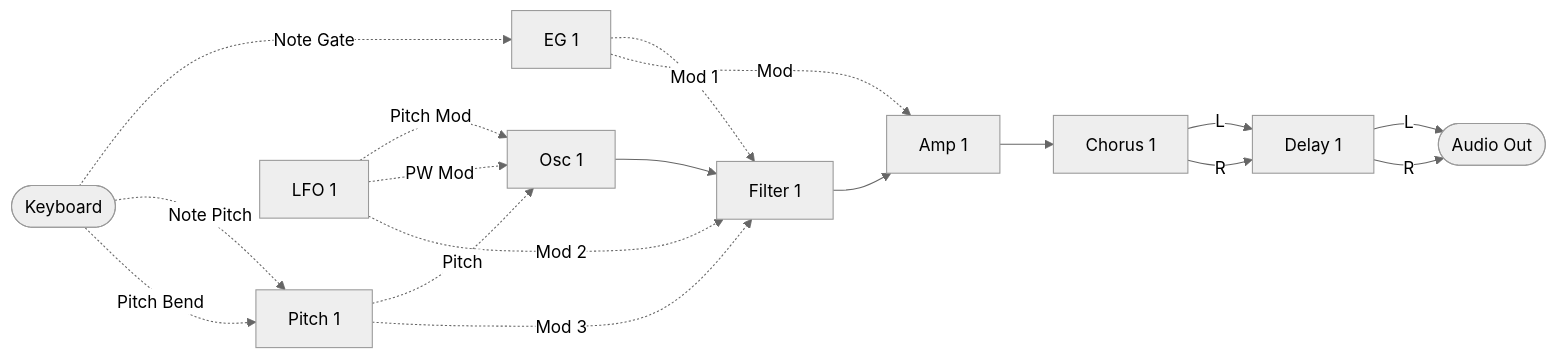
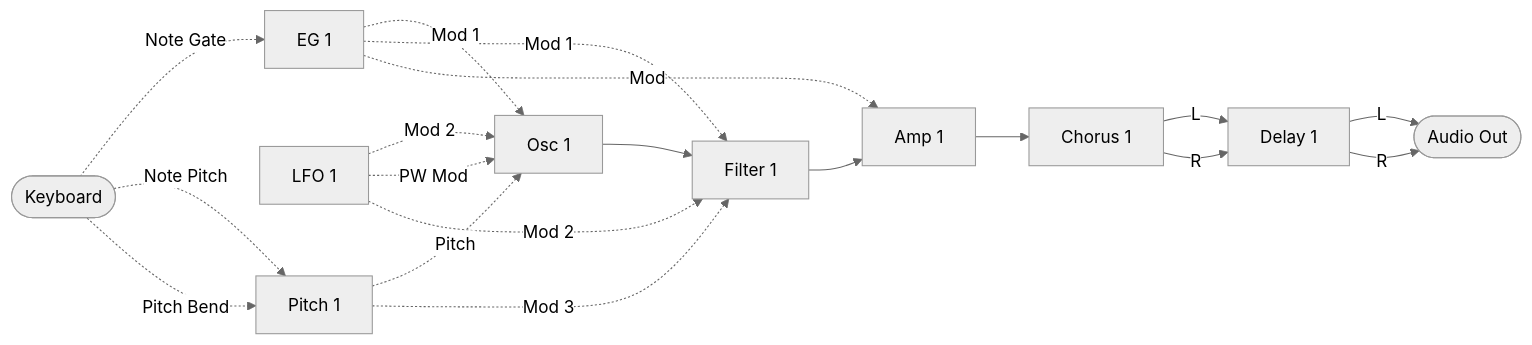
The first of 6 diagrams in spms1_type2/README.ja.md (risgk/midi_synthesizer_spms1), drawn with Mermaid (neutral theme) before and after one commit. The commit also changed other lines of this file and 9 other files, not shown here.

First line of the commit message:
type-2: Give Osc 1 two pitch modulations, Mod 1 (the envelope) and Mod 2 (was Pitch Mod)

````diff
--- a/spms1_type2/README.ja.md
+++ b/spms1_type2/README.ja.md
@@ -143,32 +143,33 @@
 ```mermaid
 flowchart LR
   KBD([Keyboard])
   PITCH[Pitch 1]
   LFO[LFO 1]
   EG[EG 1]
   OSC[Osc 1]
   FILTER[Filter 1]
   AMP[Amp 1]
   CHORUS[Chorus 1]
   DELAY[Delay 1]
   OUT([Audio Out])
 
   OSC --> FILTER
   FILTER --> AMP
   AMP --> CHORUS
   CHORUS -->|L| DELAY
   CHORUS -->|R| DELAY
   DELAY -->|L| OUT
   DELAY -->|R| OUT
 
   KBD -. Note Gate .-> EG
   KBD -. Note Pitch .-> PITCH
   KBD -. Pitch Bend .-> PITCH
   PITCH -. Pitch .-> OSC
-  LFO -. Pitch Mod .-> OSC
+  EG -. Mod 1 .-> OSC
+  LFO -. Mod 2 .-> OSC
   LFO -. PW Mod .-> OSC
   EG -. Mod 1 .-> FILTER
   LFO -. Mod 2 .-> FILTER
   PITCH -. Mod 3 .-> FILTER
   EG -. Mod .-> AMP
 ```
````
